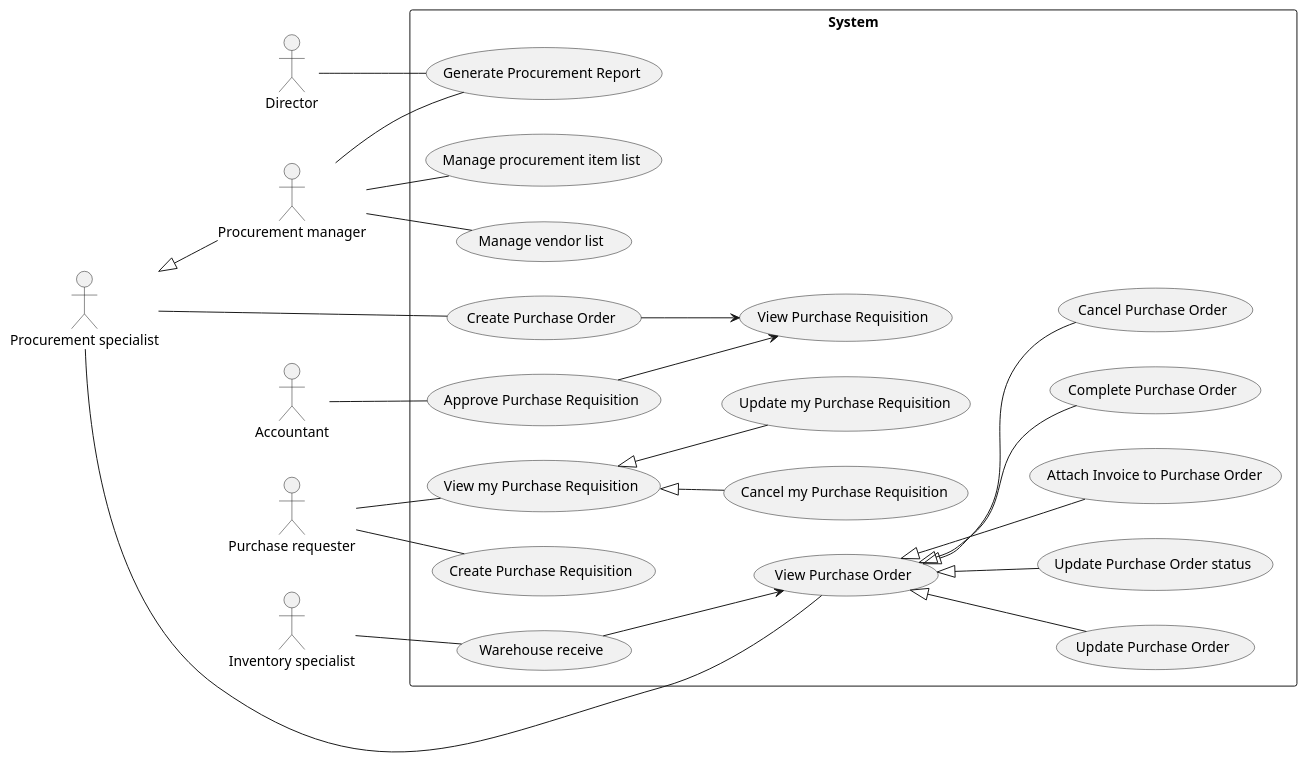
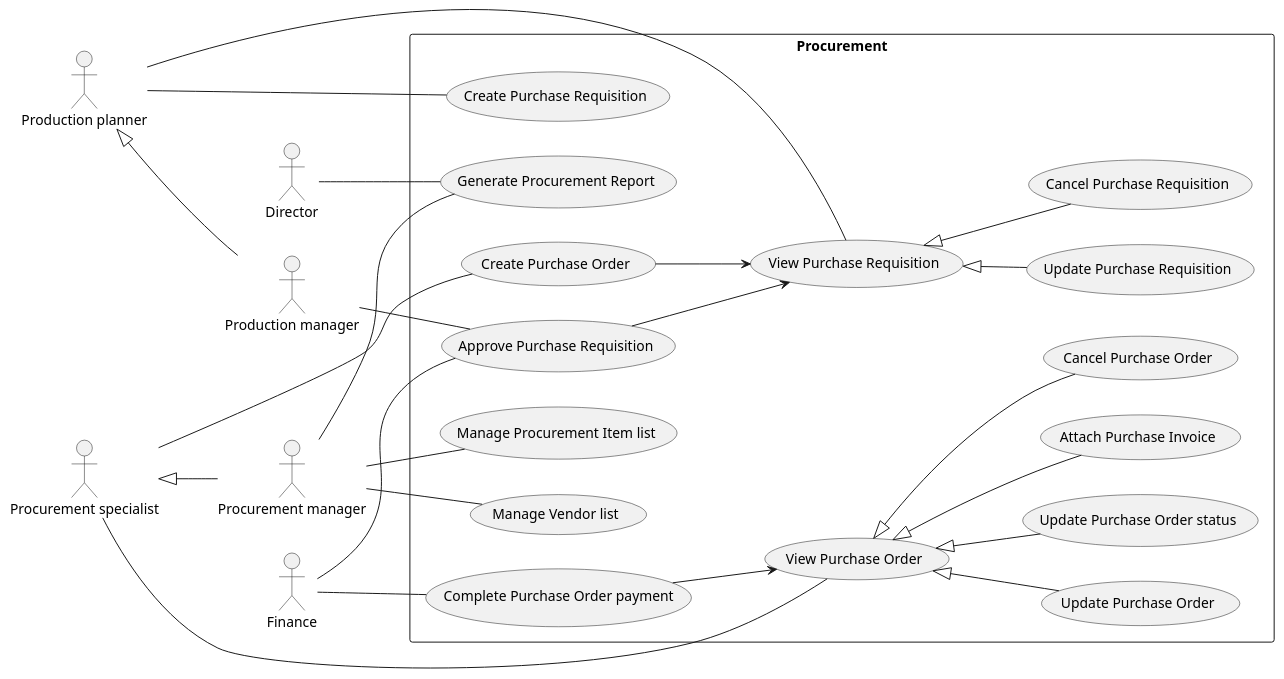
Before and after one commit to phihungha/scmss-reqs: the diagram in use-cases/procurement.plantuml, drawn with PlantUML. The commit also changed 9 other files, not shown here.

```diff
--- a/use-cases/procurement.plantuml
+++ b/use-cases/procurement.plantuml
@@ -1,40 +1,40 @@
 @startuml Procurement
 left to right direction
 
 :Director: as d
-:Accountant: as a
+:Finance: as f
 
-:Purchase requester: as pr
+:Production planner: as pp
+:Production manager: as prm
+pp <|-- prm
+
 :Procurement manager: as pm
 :Procurement specialist: as ps
 ps <|-- pm
 
-:Inventory specialist: as is
-
-rectangle System {
-    pr -- (Create Purchase Requisition)
-    pr -- (View my Purchase Requisition)
-    (View my Purchase Requisition) <|-- (Update my Purchase Requisition)
-    (View my Purchase Requisition) <|-- (Cancel my Purchase Requisition)
-    a -- (Approve Purchase Requisition)
+rectangle Procurement {
+    pp -- (Create Purchase Requisition)
+    pp -- (View Purchase Requisition)
+    (View Purchase Requisition) <|-- (Update Purchase Requisition)
+    (View Purchase Requisition) <|-- (Cancel Purchase Requisition)
+    f -- (Approve Purchase Requisition)
+    prm -- (Approve Purchase Requisition)
     (Approve Purchase Requisition) --> (View Purchase Requisition)
 
     ps -- (Create Purchase Order)
     (Create Purchase Order) --> (View Purchase Requisition)
     ps -- (View Purchase Order)
     (View Purchase Order) <|-- (Update Purchase Order)
     (View Purchase Order) <|-- (Update Purchase Order status)
-    (View Purchase Order) <|-- (Attach Invoice to Purchase Order)
-    (View Purchase Order) <|-- (Complete Purchase Order)
+    (View Purchase Order) <|-- (Attach Purchase Invoice)
     (View Purchase Order) <|-- (Cancel Purchase Order)
+    f -- (Complete Purchase Order payment)
+    (Complete Purchase Order payment) --> (View Purchase Order)
 
-    is -- (Warehouse receive)
-    (Warehouse receive) --> (View Purchase Order)
-
-    pm -- (Manage vendor list)
-    pm -- (Manage procurement item list)
+    pm -- (Manage Vendor list)
+    pm -- (Manage Procurement Item list)
 
     pm -- (Generate Procurement Report)
     d -- (Generate Procurement Report)
 }
 @enduml
```
